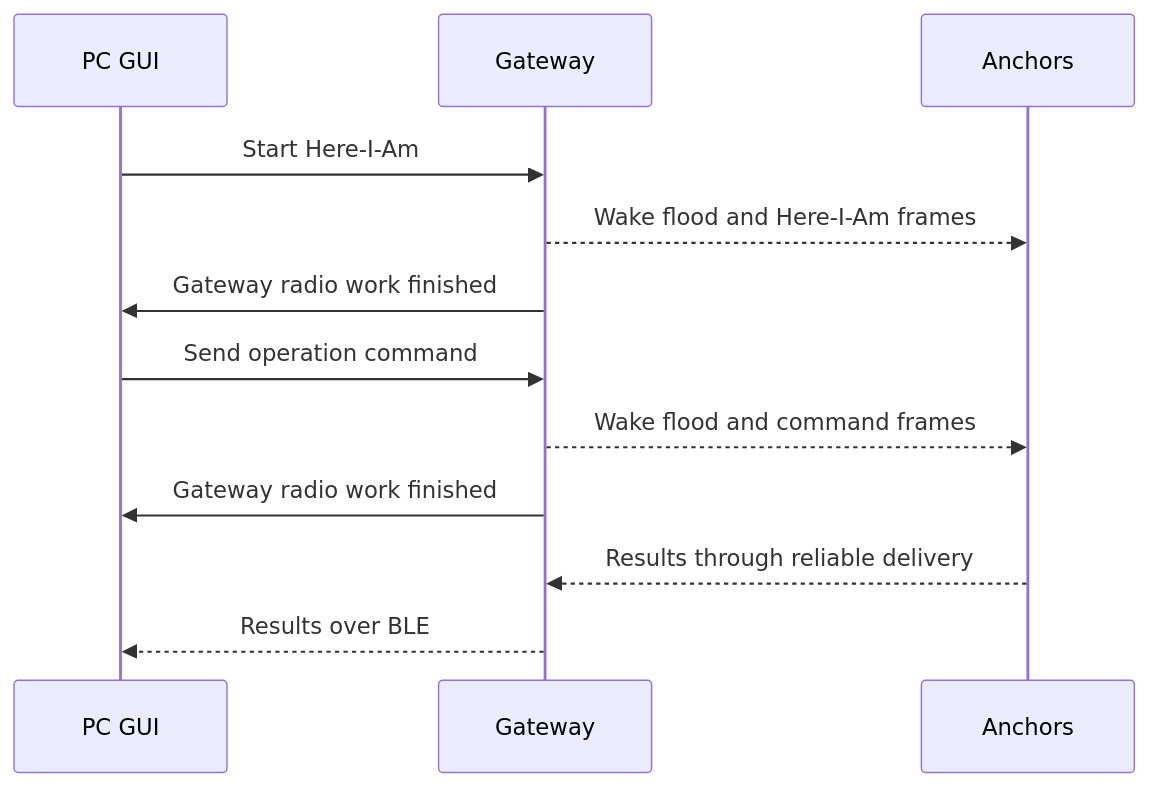
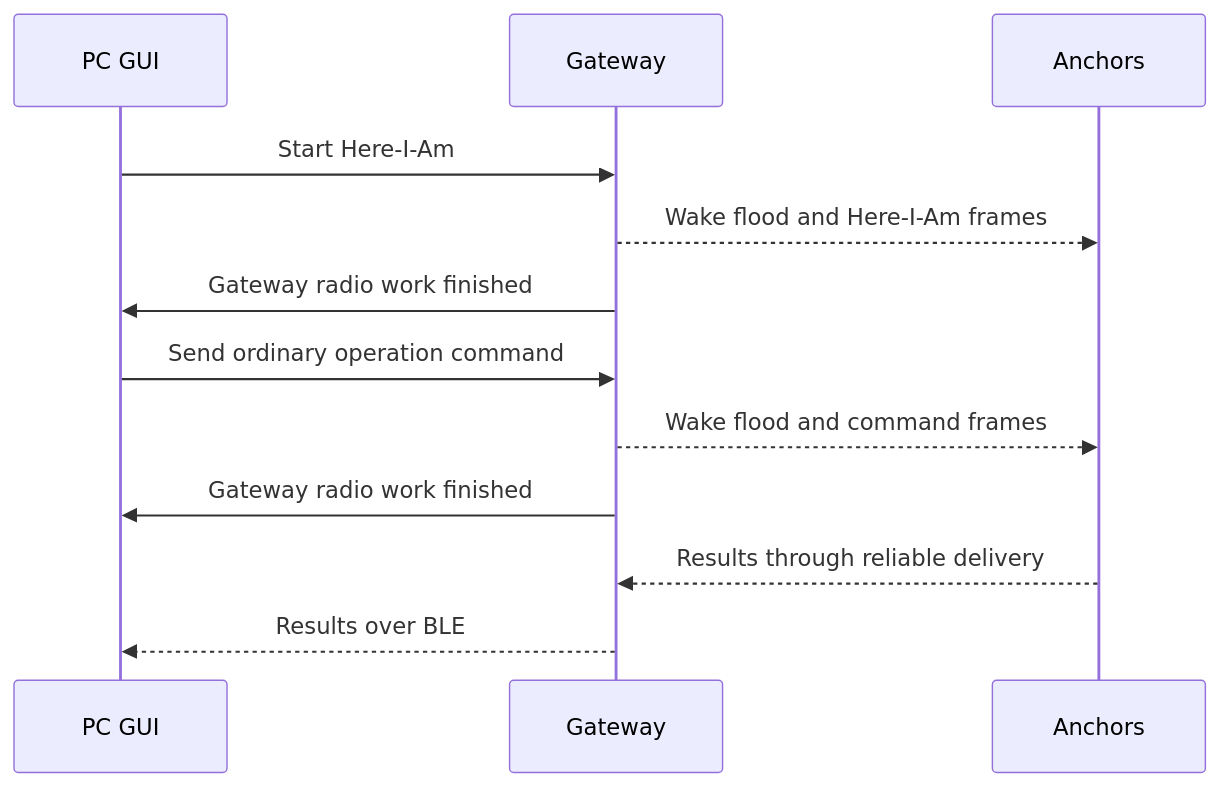
The ninth of 12 diagrams in Documentation/IMEC2_Firmware_State_Machine_Design.md (Jubliano-sama/IMEC2), drawn with Mermaid before and after one commit. The commit also changed other lines of this file and 63 other files, not shown here.

````diff
--- a/Documentation/IMEC2_Firmware_State_Machine_Design.md
+++ b/Documentation/IMEC2_Firmware_State_Machine_Design.md
@@ -298,17 +298,17 @@
 ```mermaid
 sequenceDiagram
     participant GUI as PC GUI
     participant GW as Gateway
     participant A as Anchors
 
     GUI->>GW: Start Here-I-Am
     GW-->>A: Wake flood and Here-I-Am frames
     GW->>GUI: Gateway radio work finished
 
-    GUI->>GW: Send operation command
+    GUI->>GW: Send ordinary operation command
     GW-->>A: Wake flood and command frames
     GW->>GUI: Gateway radio work finished
 
     A-->>GW: Results through reliable delivery
     GW-->>GUI: Results over BLE
 ```
````
